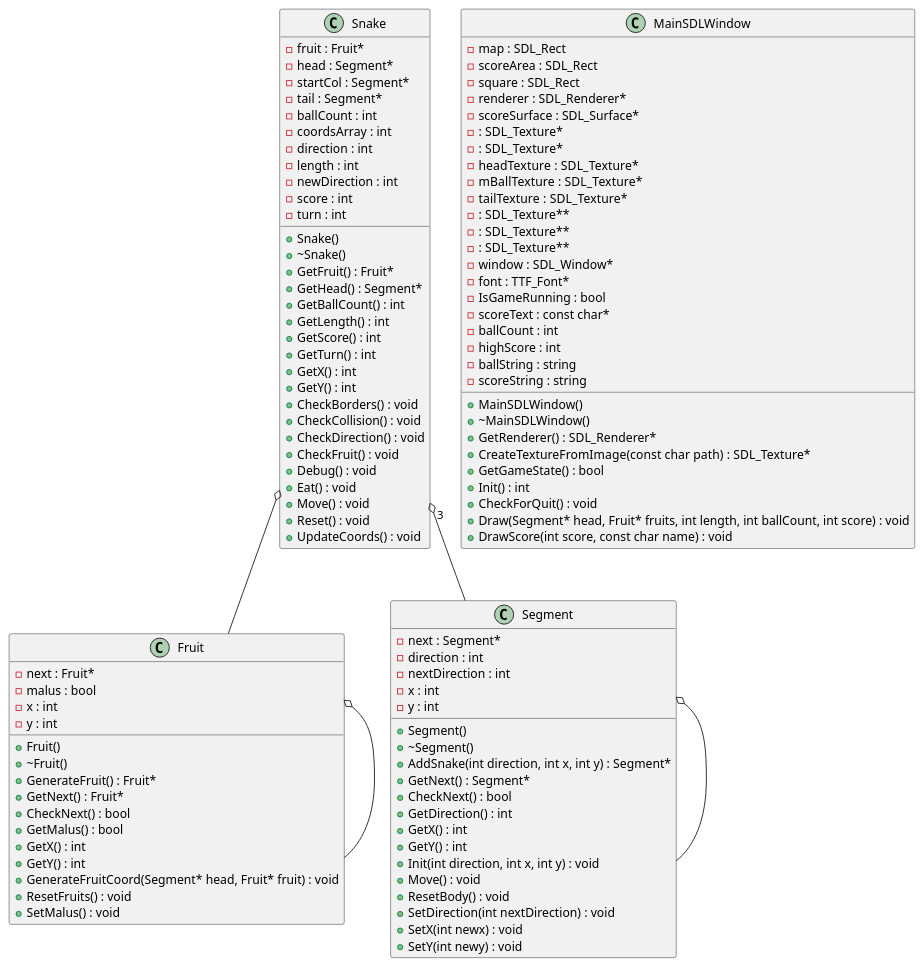
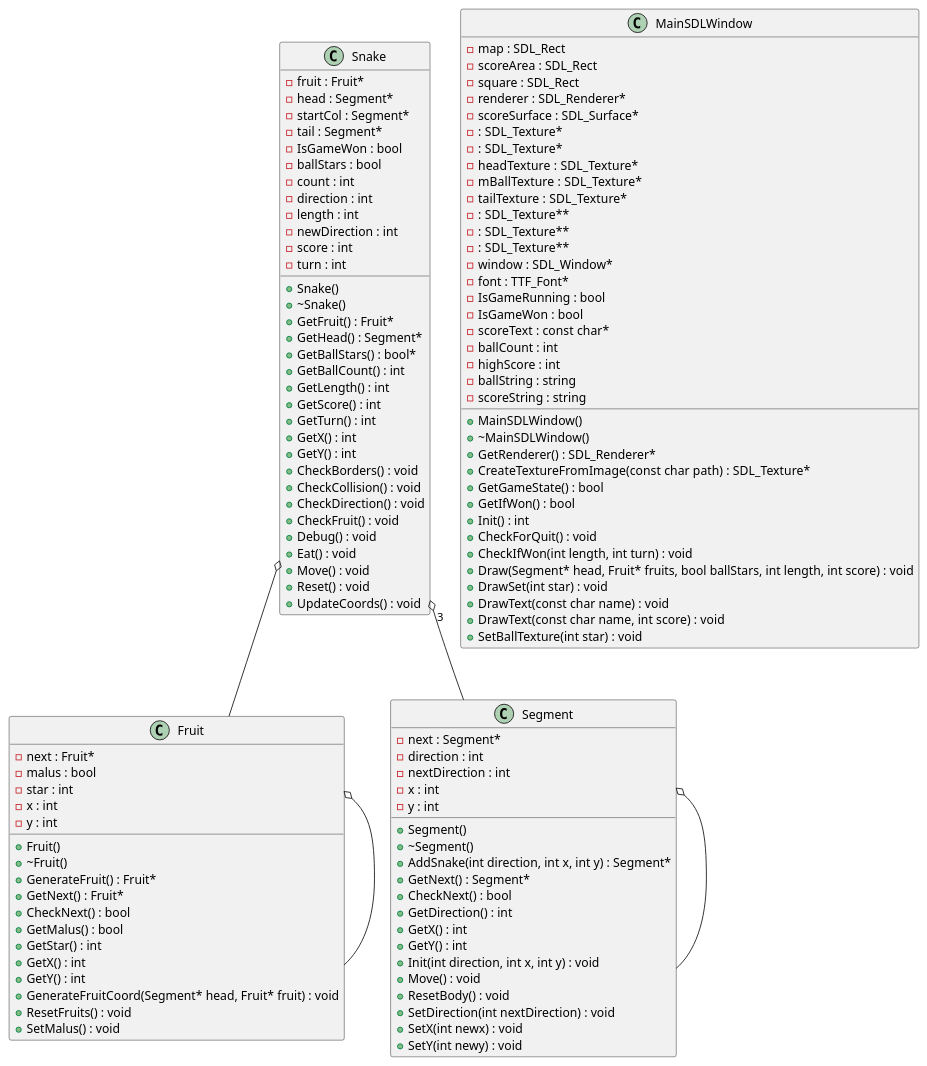
One commit to Sh4dy01/gtech1-b10-snake changed the diagram in uml/classes.puml. Above: the diagram before and after it, drawn with PlantUML. The commit also changed 13 other files, not shown here.

```diff
--- a/uml/classes.puml
+++ b/uml/classes.puml
@@ -1,149 +1,159 @@
 @startuml
 
 
 
 
 
 /' Objects '/
 
 class Fruit {
 	+Fruit()
 	+~Fruit()
 	+GenerateFruit() : Fruit*
 	+GetNext() : Fruit*
 	-next : Fruit*
 	+CheckNext() : bool
 	+GetMalus() : bool
 	-malus : bool
+	+GetStar() : int
 	+GetX() : int
 	+GetY() : int
+	-star : int
 	-x : int
 	-y : int
 	+GenerateFruitCoord(Segment* head, Fruit* fruit) : void
 	+ResetFruits() : void
 	+SetMalus() : void
 }
 
 
 class MainSDLWindow {
 	+MainSDLWindow()
 	+~MainSDLWindow()
 	-map : SDL_Rect
 	-scoreArea : SDL_Rect
 	-square : SDL_Rect
 	+GetRenderer() : SDL_Renderer*
 	-renderer : SDL_Renderer*
 	-scoreSurface : SDL_Surface*
 	- : SDL_Texture*
 	- : SDL_Texture*
 	+CreateTextureFromImage(const char path) : SDL_Texture*
 	-headTexture : SDL_Texture*
 	-mBallTexture : SDL_Texture*
 	-tailTexture : SDL_Texture*
 	- : SDL_Texture**
 	- : SDL_Texture**
 	- : SDL_Texture**
 	-window : SDL_Window*
 	-font : TTF_Font*
 	+GetGameState() : bool
+	+GetIfWon() : bool
 	-IsGameRunning : bool
+	-IsGameWon : bool
 	-scoreText : const char*
 	+Init() : int
 	-ballCount : int
 	-highScore : int
 	-ballString : string
 	-scoreString : string
 	+CheckForQuit() : void
-	+Draw(Segment* head, Fruit* fruits, int length, int ballCount, int score) : void
-	+DrawScore(int score, const char name) : void
+	+CheckIfWon(int length, int turn) : void
+	+Draw(Segment* head, Fruit* fruits, bool ballStars, int length, int score) : void
+	+DrawSet(int star) : void
+	+DrawText(const char name) : void
+	+DrawText(const char name, int score) : void
+	+SetBallTexture(int star) : void
 }
 
 
 class Segment {
 	+Segment()
 	+~Segment()
 	+AddSnake(int direction, int x, int y) : Segment*
 	+GetNext() : Segment*
 	-next : Segment*
 	+CheckNext() : bool
 	+GetDirection() : int
 	+GetX() : int
 	+GetY() : int
 	-direction : int
 	-nextDirection : int
 	-x : int
 	-y : int
 	+Init(int direction, int x, int y) : void
 	+Move() : void
 	+ResetBody() : void
 	+SetDirection(int nextDirection) : void
 	+SetX(int newx) : void
 	+SetY(int newy) : void
 }
 
 
 class Snake {
 	+Snake()
 	+~Snake()
 	+GetFruit() : Fruit*
 	-fruit : Fruit*
 	+GetHead() : Segment*
 	-head : Segment*
 	-startCol : Segment*
 	-tail : Segment*
+	-IsGameWon : bool
+	-ballStars : bool
+	+GetBallStars() : bool*
 	+GetBallCount() : int
 	+GetLength() : int
 	+GetScore() : int
 	+GetTurn() : int
 	+GetX() : int
 	+GetY() : int
-	-ballCount : int
-	-coordsArray : int
+	-count : int
 	-direction : int
 	-length : int
 	-newDirection : int
 	-score : int
 	-turn : int
 	+CheckBorders() : void
 	+CheckCollision() : void
 	+CheckDirection() : void
 	+CheckFruit() : void
 	+Debug() : void
 	+Eat() : void
 	+Move() : void
 	+Reset() : void
 	+UpdateCoords() : void
 }
 
 
 
 
 
 /' Inheritance relationships '/
 
 
 
 
 /' Aggregation relationships '/
 
 .Fruit o-- .Fruit
 
 
 .Segment o-- .Segment
 
 
 .Snake o-- .Fruit
 
 
 .Snake "3" o-- .Segment
 
 
 
 
 
 
 /' Nested objects '/
 
 
 
 @enduml
```
